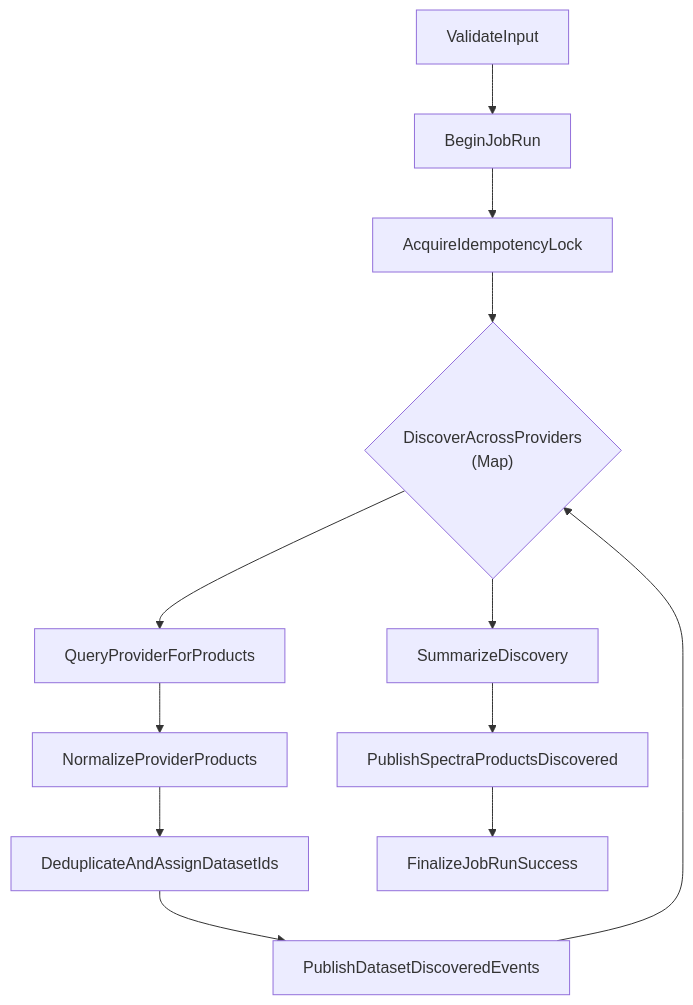
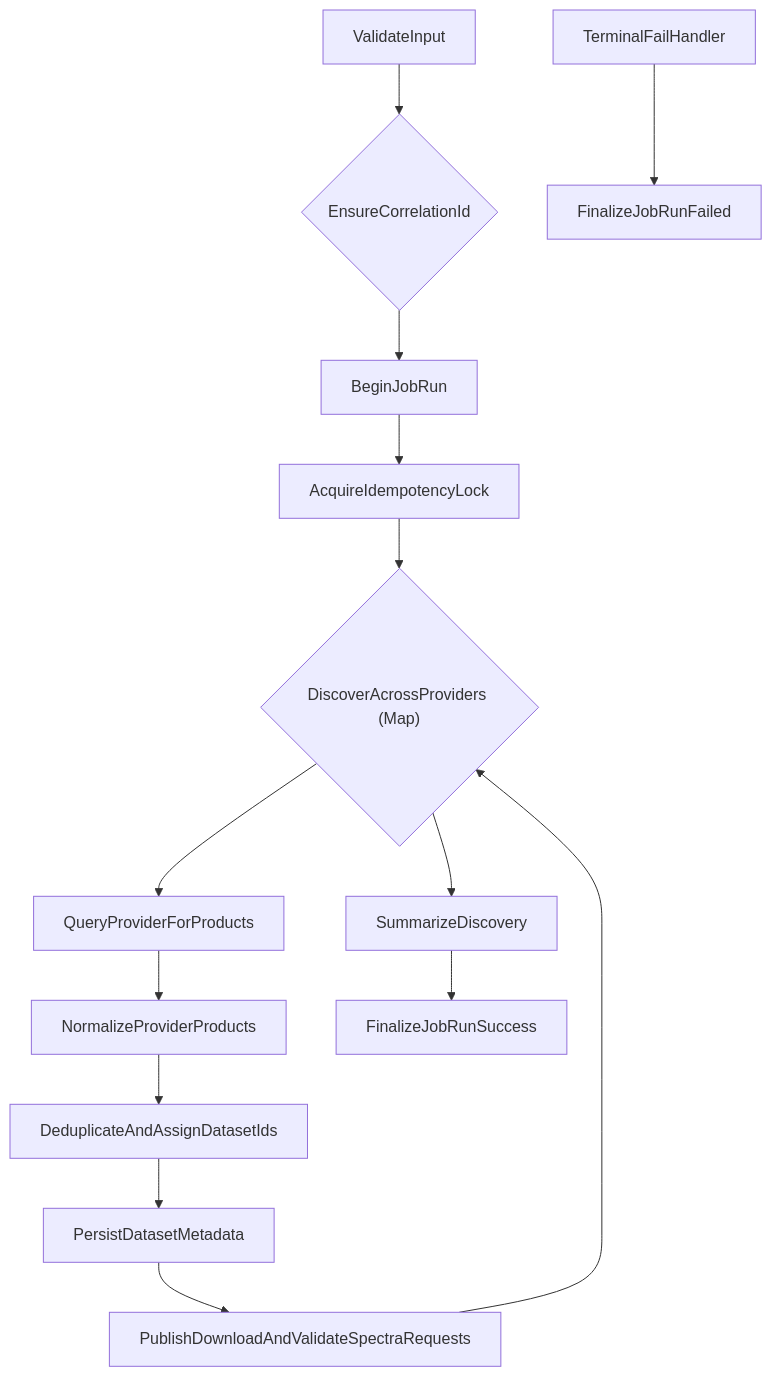
Before and after one commit to finzellt/aws_nova_cat: the diagram in docs/diagrams/workflow-discover-spectra-products.md, drawn with Mermaid. The commit also changed 15 other files, not shown here.

Commit message:
chore(diagrams): regenerate workflow diagrams to reflect updated state machines

````diff
--- a/docs/diagrams/workflow-discover-spectra-products.md
+++ b/docs/diagrams/workflow-discover-spectra-products.md
@@ -1,14 +1,20 @@
 ```mermaid
 flowchart TD
-  A[ValidateInput] --> B[BeginJobRun] --> C[AcquireIdempotencyLock]
-  C --> M{"DiscoverAcrossProviders</br> (Map)"}
-  M --> Q[QueryProviderForProducts]
-  Q --> N[NormalizeProviderProducts]
-  N --> D[DeduplicateAndAssignDatasetIds]
-  D --> E[PublishDatasetDiscoveredEvents]
-  E --> M
-  M --> S[SummarizeDiscovery]
-  S --> P[PublishSpectraProductsDiscovered]
-  P --> F[FinalizeJobRunSuccess]
+  A[ValidateInput] --> B{EnsureCorrelationId}
+  B --> C[BeginJobRun]
+  C --> D[AcquireIdempotencyLock]
+  D --> E{"DiscoverAcrossProviders (Map)"}
+
+  E --> F[QueryProviderForProducts]
+  F --> G[NormalizeProviderProducts]
+  G --> H[DeduplicateAndAssignDatasetIds]
+  H --> I[PersistDatasetMetadata]
+  I --> J[PublishDownloadAndValidateSpectraRequests]
+  J --> E
+
+  E --> K[SummarizeDiscovery]
+  K --> L[FinalizeJobRunSuccess]
+
+  TF[TerminalFailHandler] --> FF[FinalizeJobRunFailed]
 
 ```
````
